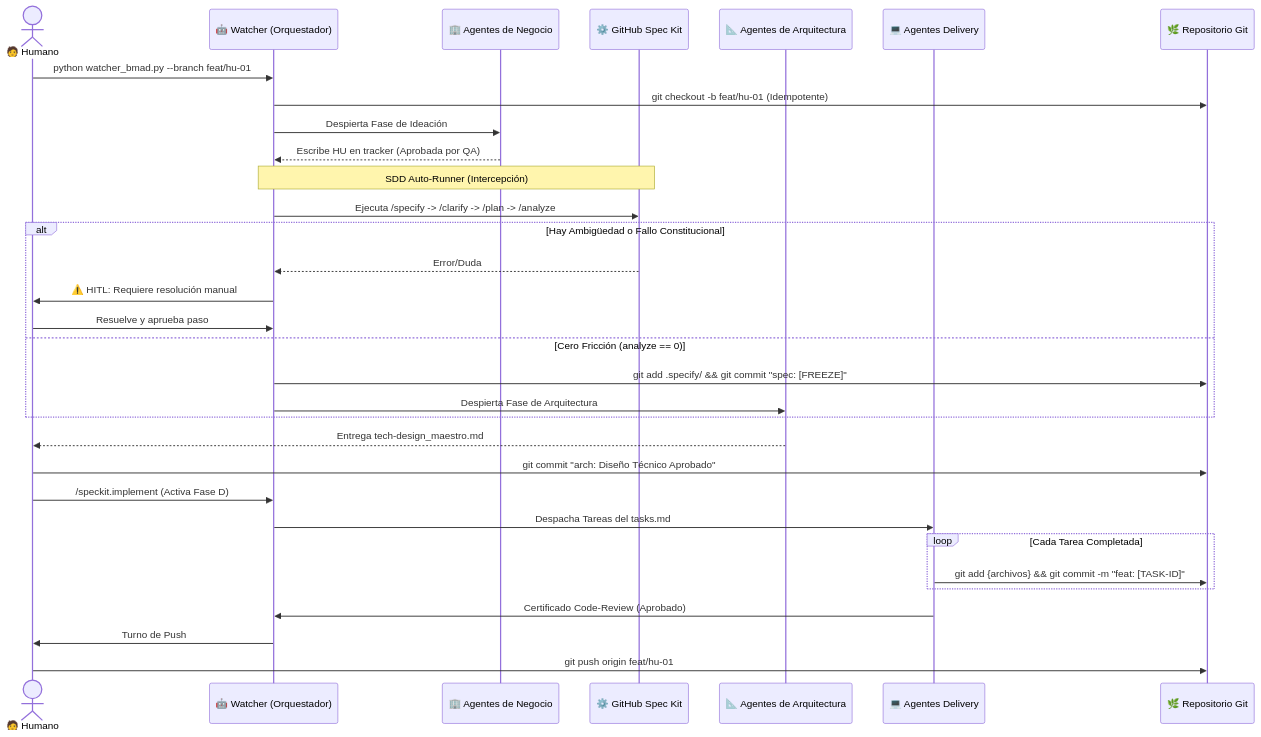
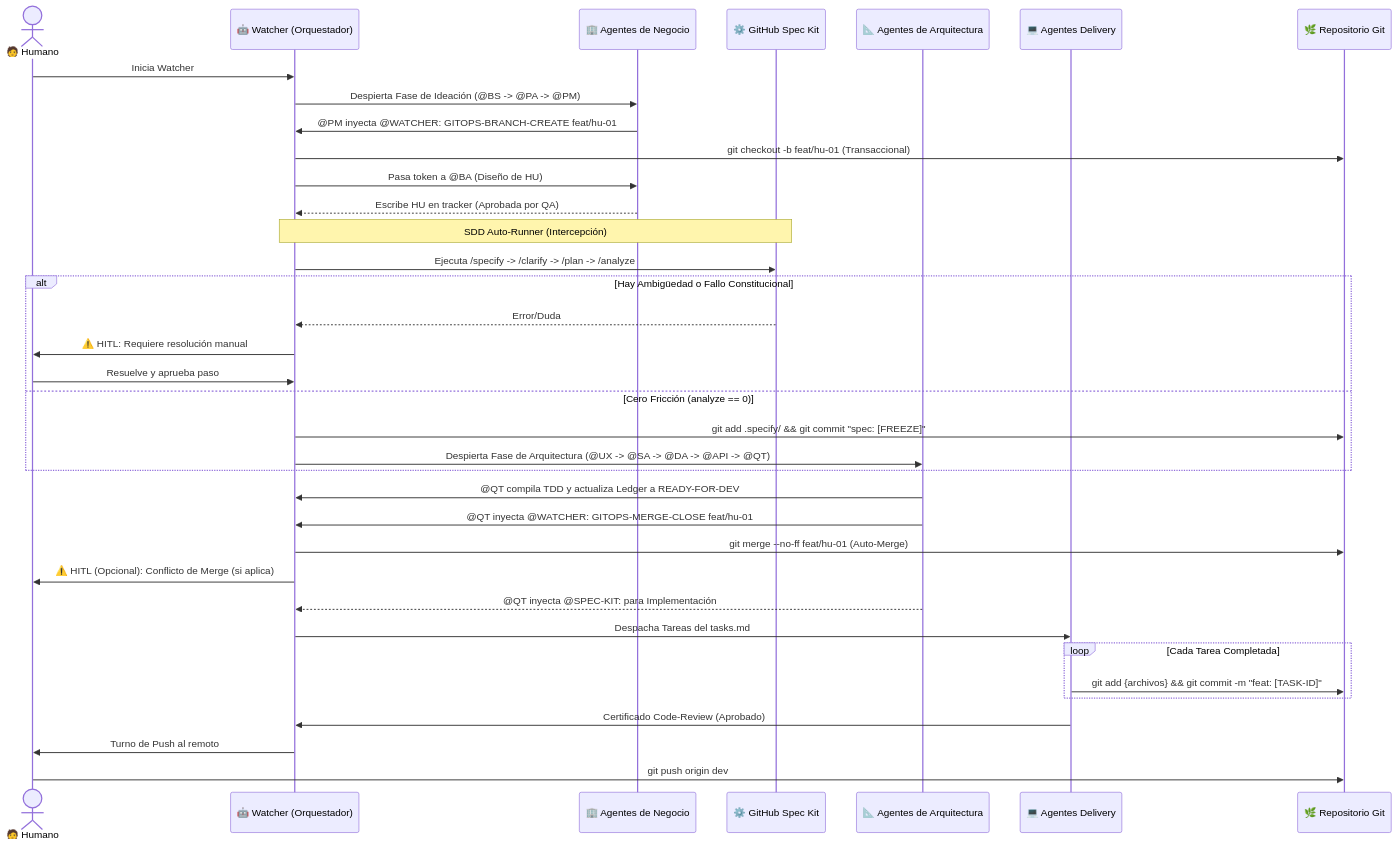
Before and after one commit to pauloravicaceres/template-bmad: the second of 4 diagrams in framework_bmad.md, drawn with Mermaid. The commit also changed other lines of this file and 39 other files, not shown here.

First line of the commit message:
feat: Implement Live Tracker architecture with file parsing, UI components, and GitOps integration

````diff
--- a/framework_bmad.md
+++ b/framework_bmad.md
@@ -115,40 +116,44 @@
 ```mermaid
 sequenceDiagram
     actor H as 🧑 Humano
     participant W as 🤖 Watcher (Orquestador)
     participant B as 🏢 Agentes de Negocio
     participant S as ⚙️ GitHub Spec Kit
     participant A as 📐 Agentes de Arquitectura
     participant D as 💻 Agentes Delivery
     participant G as 🌿 Repositorio Git
 
-    H->>W: python watcher_bmad.py --branch feat/hu-01
-    W->>G: git checkout -b feat/hu-01 (Idempotente)
-    W->>B: Despierta Fase de Ideación
+    H->>W: Inicia Watcher
+    W->>B: Despierta Fase de Ideación (@BS -> @PA -> @PM)
+    B->>W: @PM inyecta @WATCHER: GITOPS-BRANCH-CREATE feat/hu-01
+    W->>G: git checkout -b feat/hu-01 (Transaccional)
+    W->>B: Pasa token a @BA (Diseño de HU)
     B-->>W: Escribe HU en tracker (Aprobada por QA)
     
     note over W,S: SDD Auto-Runner (Intercepción)
     W->>S: Ejecuta /specify -> /clarify -> /plan -> /analyze
     
     alt Hay Ambigüedad o Fallo Constitucional
         S-->>W: Error/Duda
         W->>H: ⚠️ HITL: Requiere resolución manual
         H->>W: Resuelve y aprueba paso
     else Cero Fricción (analyze == 0)
         W->>G: git add .specify/ && git commit "spec: [FREEZE]"
-        W->>A: Despierta Fase de Arquitectura
+        W->>A: Despierta Fase de Arquitectura (@UX -> @SA -> @DA -> @API -> @QT)
     end
     
-    A-->>H: Entrega tech-design_maestro.md
-    H->>G: git commit "arch: Diseño Técnico Aprobado"
-    H->>W: /speckit.implement (Activa Fase D)
+    A->>W: @QT compila TDD y actualiza Ledger a READY-FOR-DEV
+    A->>W: @QT inyecta @WATCHER: GITOPS-MERGE-CLOSE feat/hu-01
+    W->>G: git merge --no-ff feat/hu-01 (Auto-Merge)
+    W->>H: ⚠️ HITL (Opcional): Conflicto de Merge (si aplica)
     
+    A-->>W: @QT inyecta @SPEC-KIT: para Implementación
     W->>D: Despacha Tareas del tasks.md
     loop Cada Tarea Completada
         D->>G: git add {archivos} && git commit -m "feat: [TASK-ID]"
     end
     
     D->>W: Certificado Code-Review (Aprobado)
-    W->>H: Turno de Push
-    H->>G: git push origin feat/hu-01
+    W->>H: Turno de Push al remoto
+    H->>G: git push origin dev
 ```
````
